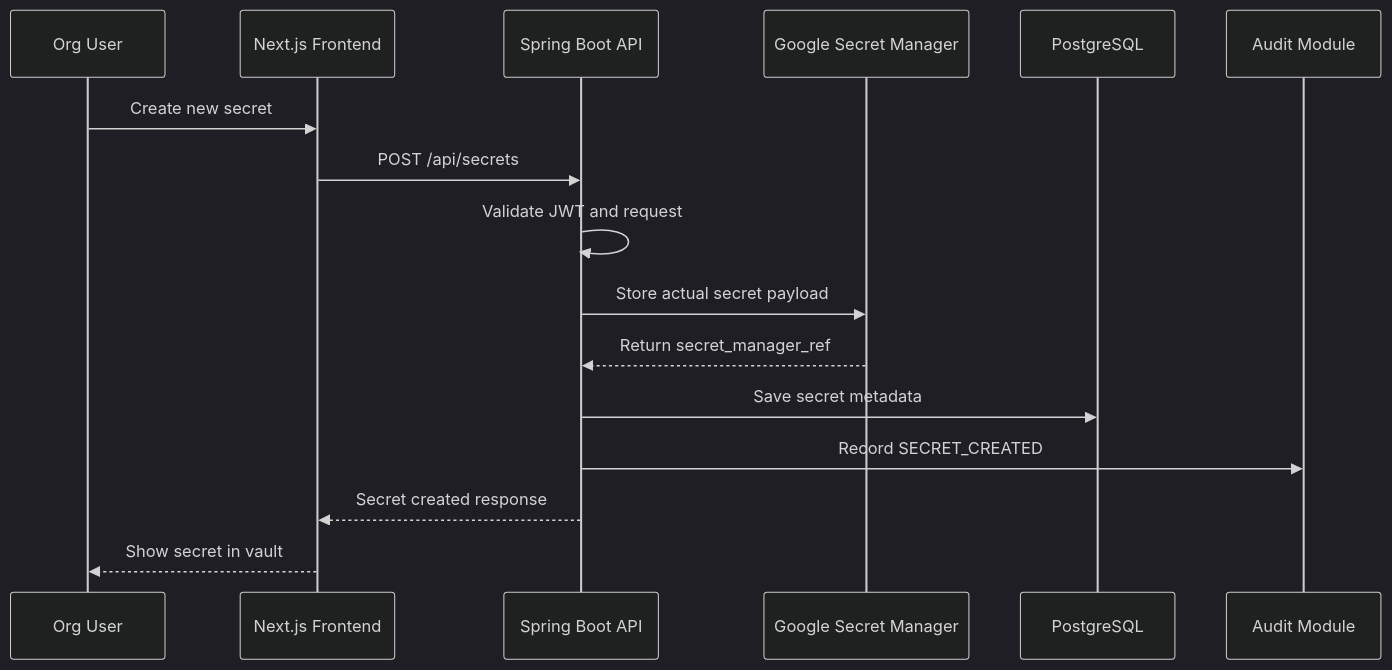
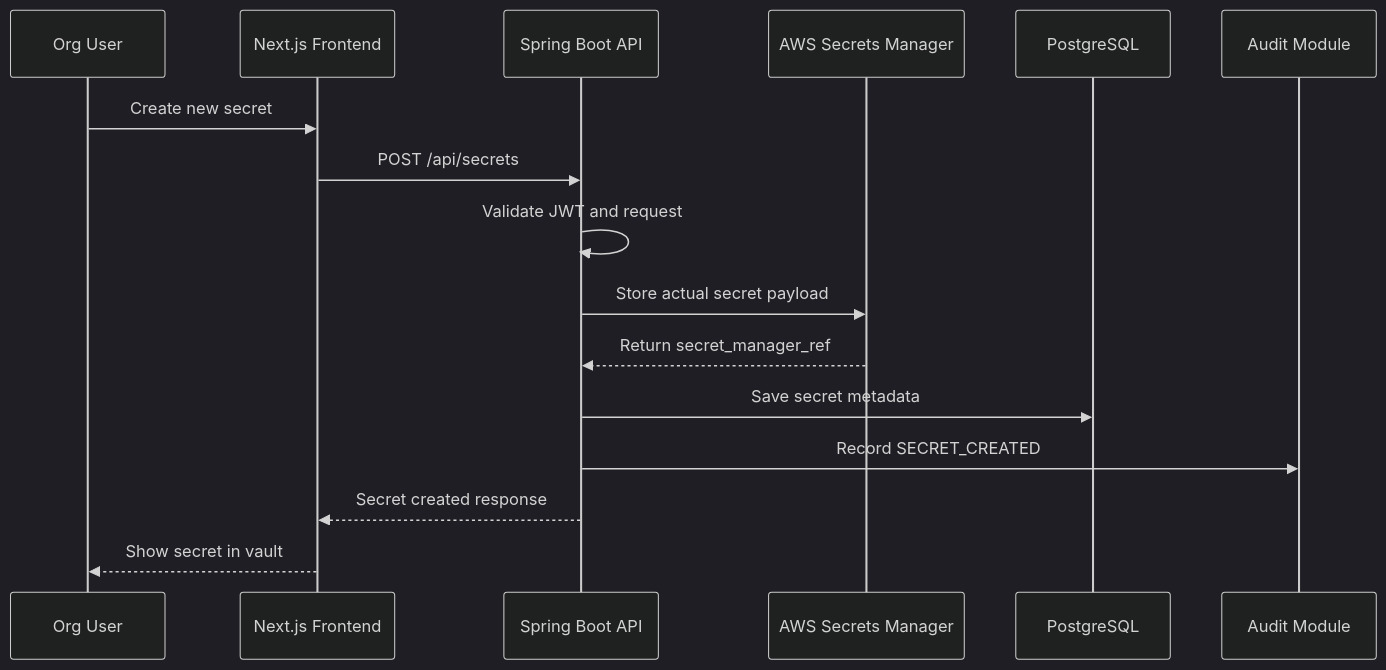
One commit to shashankpatil-dev/tijoir changed the fourth of 10 diagrams in docs/product-spec.md. Above: the diagram before and after it, drawn with Mermaid (dark theme). The commit also changed other lines of this file and 48 other files, not shown here.

````diff
--- a/docs/product-spec.md
+++ b/docs/product-spec.md
@@ -749,19 +749,19 @@
 ```mermaid
 sequenceDiagram
     participant U as Org User
     participant FE as Next.js Frontend
     participant API as Spring Boot API
-    participant GSM as Google Secret Manager
+    participant ASM as AWS Secrets Manager
     participant DB as PostgreSQL
     participant AUD as Audit Module
 
     U->>FE: Create new secret
     FE->>API: POST /api/secrets
     API->>API: Validate JWT and request
-    API->>GSM: Store actual secret payload
-    GSM-->>API: Return secret_manager_ref
+    API->>ASM: Store actual secret payload
+    ASM-->>API: Return secret_manager_ref
     API->>DB: Save secret metadata
     API->>AUD: Record SECRET_CREATED
     API-->>FE: Secret created response
     FE-->>U: Show secret in vault
 ```
````
